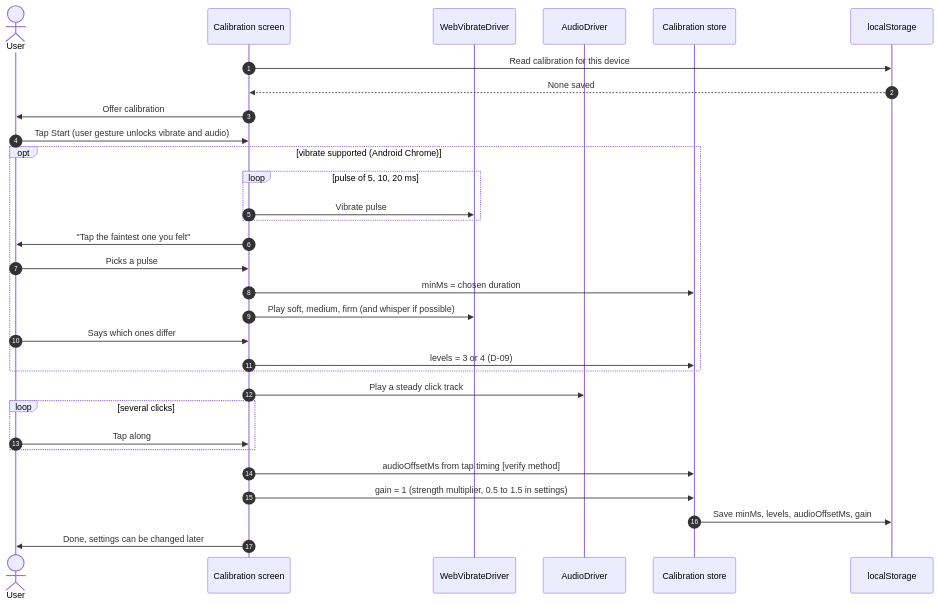
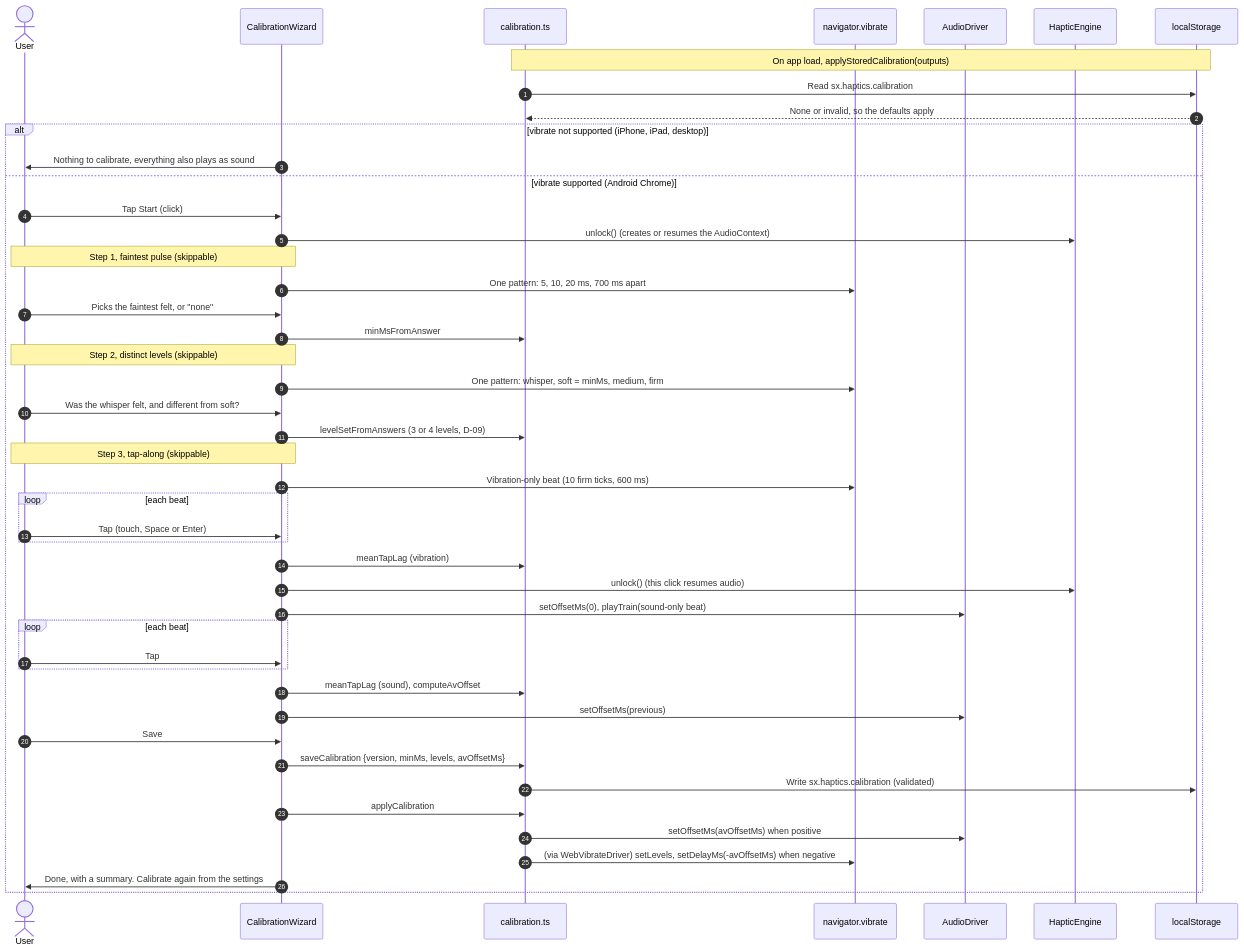
Before and after one commit to 0ffrian/SphereX: the diagram in docs/uml/13-sequence-calibration.md, drawn with Mermaid. The commit also changed other lines of this file and 3 other files, not shown here.

First line of the commit message:
Document spectrum haptics and calibration as built (#10); add Q-62 to Q-64

````diff
--- a/docs/uml/13-sequence-calibration.md
+++ b/docs/uml/13-sequence-calibration.md
@@ -5,34 +5,49 @@
 ```mermaid
 sequenceDiagram
   autonumber
   actor U as User
-  participant CU as Calibration screen
-  participant VD as WebVibrateDriver
+  participant W as CalibrationWizard
+  participant CL as calibration.ts
+  participant NV as navigator.vibrate
   participant AD as AudioDriver
-  participant CS as Calibration store
+  participant E as HapticEngine
   participant LS as localStorage
 
-  CU->>LS: Read calibration for this device
-  LS-->>CU: None saved
-  CU->>U: Offer calibration
-  U->>CU: Tap Start (user gesture unlocks vibrate and audio)
-  opt vibrate supported (Android Chrome)
-    loop pulse of 5, 10, 20 ms
-      CU->>VD: Vibrate pulse
+  Note over CL,LS: On app load, applyStoredCalibration(outputs)
+  CL->>LS: Read sx.haptics.calibration
+  LS-->>CL: None or invalid, so the defaults apply
+  alt vibrate not supported (iPhone, iPad, desktop)
+    W->>U: Nothing to calibrate, everything also plays as sound
+  else vibrate supported (Android Chrome)
+    U->>W: Tap Start (click)
+    W->>E: unlock() (creates or resumes the AudioContext)
+    Note over W,U: Step 1, faintest pulse (skippable)
+    W->>NV: One pattern: 5, 10, 20 ms, 700 ms apart
+    U->>W: Picks the faintest felt, or "none"
+    W->>CL: minMsFromAnswer
+    Note over W,U: Step 2, distinct levels (skippable)
+    W->>NV: One pattern: whisper, soft = minMs, medium, firm
+    U->>W: Was the whisper felt, and different from soft?
+    W->>CL: levelSetFromAnswers (3 or 4 levels, D-09)
+    Note over W,U: Step 3, tap-along (skippable)
+    W->>NV: Vibration-only beat (10 firm ticks, 600 ms)
+    loop each beat
+      U->>W: Tap (touch, Space or Enter)
     end
-    CU->>U: "Tap the faintest one you felt"
-    U->>CU: Picks a pulse
-    CU->>CS: minMs = chosen duration
-    CU->>VD: Play soft, medium, firm (and whisper if possible)
-    U->>CU: Says which ones differ
-    CU->>CS: levels = 3 or 4 (D-09)
+    W->>CL: meanTapLag (vibration)
+    W->>E: unlock() (this click resumes audio)
+    W->>AD: setOffsetMs(0), playTrain(sound-only beat)
+    loop each beat
+      U->>W: Tap
+    end
+    W->>CL: meanTapLag (sound), computeAvOffset
+    W->>AD: setOffsetMs(previous)
+    U->>W: Save
+    W->>CL: saveCalibration {version, minMs, levels, avOffsetMs}
+    CL->>LS: Write sx.haptics.calibration (validated)
+    W->>CL: applyCalibration
+    CL->>AD: setOffsetMs(avOffsetMs) when positive
+    CL->>NV: (via WebVibrateDriver) setLevels, setDelayMs(-avOffsetMs) when negative
+    W->>U: Done, with a summary. Calibrate again from the settings
   end
-  CU->>AD: Play a steady click track
-  loop several clicks
-    U->>CU: Tap along
-  end
-  CU->>CS: audioOffsetMs from tap timing [verify method]
-  CU->>CS: gain = 1 (strength multiplier, 0.5 to 1.5 in settings)
-  CS->>LS: Save minMs, levels, audioOffsetMs, gain
-  CU->>U: Done, settings can be changed later
 ```
````
